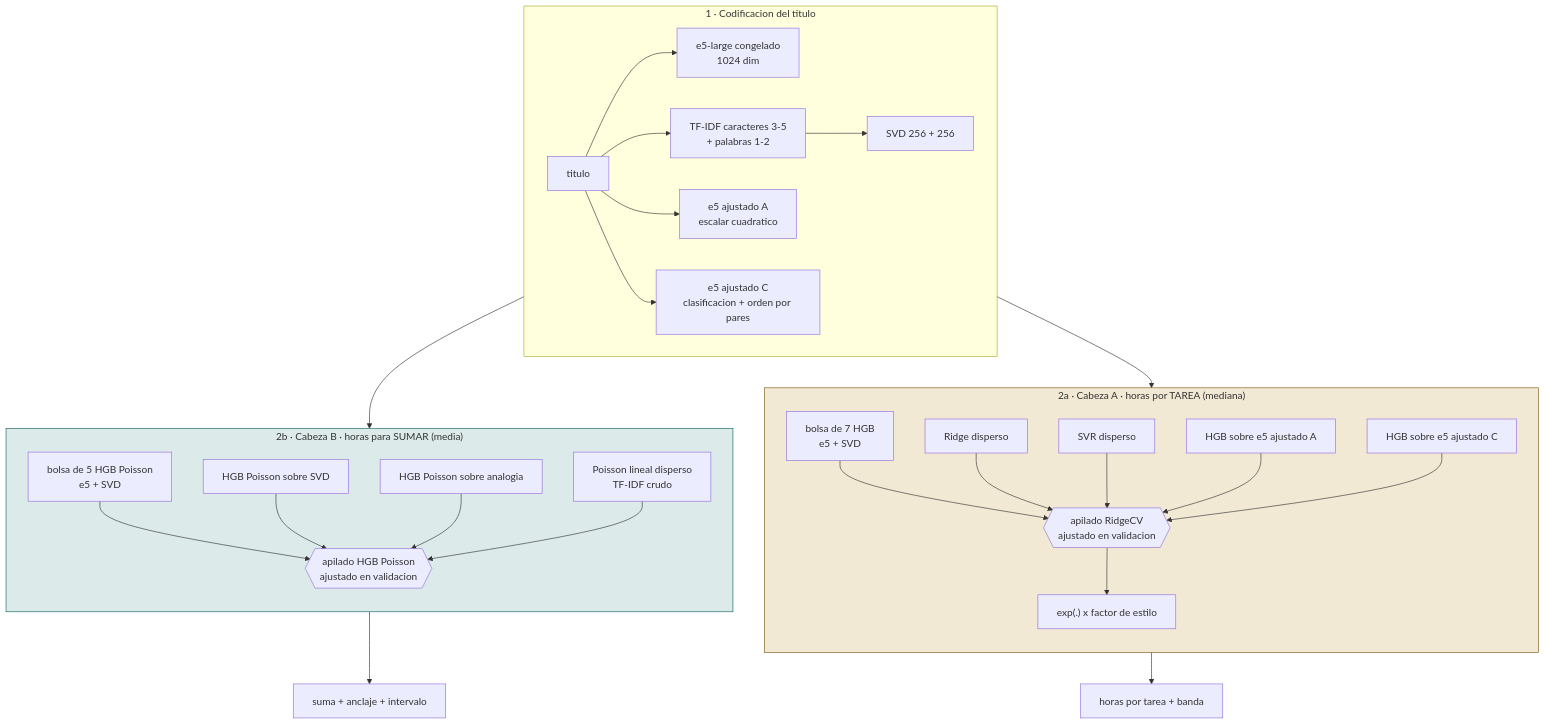
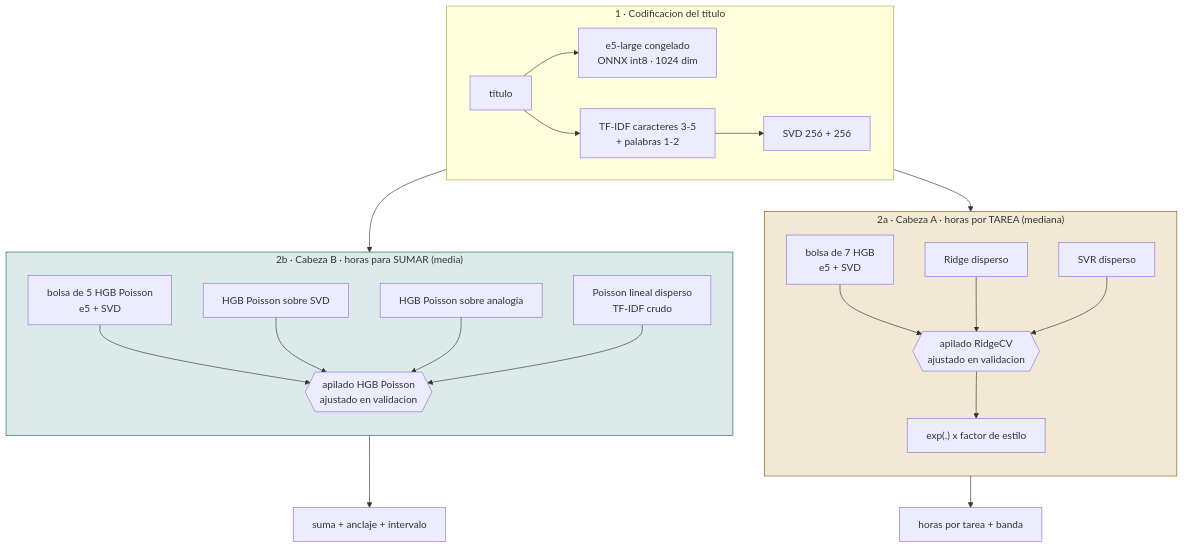
Before and after one commit to DTomasVr/Estimacion-progresiva-backlog: the ninth of 15 diagrams in estimador/DISENO_PIPELINE.md, drawn with Mermaid. The commit also changed other lines of this file and 4 other files, not shown here.

````diff
--- a/estimador/DISENO_PIPELINE.md
+++ b/estimador/DISENO_PIPELINE.md
@@ -825,37 +826,33 @@
 ```mermaid
 flowchart TB
     subgraph COD["1 · Codificacion del titulo"]
         direction LR
-        T["titulo"] --> E5["e5-large congelado<br/>1024 dim"]
+        T["titulo"] --> E5["e5-large congelado<br/>ONNX int8 · 1024 dim"]
         T --> TF["TF-IDF caracteres 3-5<br/>+ palabras 1-2"]
         TF --> SVD["SVD 256 + 256"]
-        T --> AJ["e5 ajustado A<br/>escalar cuadratico"]
-        T --> AC["e5 ajustado C<br/>clasificacion + orden por pares"]
     end
 
     subgraph CA["2a · Cabeza A · horas por TAREA (mediana)"]
         direction TB
         A1["bolsa de 7 HGB<br/>e5 + SVD"] --> AP{{"apilado RidgeCV<br/>ajustado en validacion"}}
         A2["Ridge disperso"] --> AP
         A3["SVR disperso"] --> AP
-        A4["HGB sobre e5 ajustado A"] --> AP
-        A5["HGB sobre e5 ajustado C"] --> AP
         AP --> AX["exp(.) x factor de estilo"]
     end
 
     subgraph CB["2b · Cabeza B · horas para SUMAR (media)"]
         direction TB
         B1["bolsa de 5 HGB Poisson<br/>e5 + SVD"] --> BP{{"apilado HGB Poisson<br/>ajustado en validacion"}}
         B2["HGB Poisson sobre SVD"] --> BP
         B3["HGB Poisson sobre analogia"] --> BP
         B4["Poisson lineal disperso<br/>TF-IDF crudo"] --> BP
     end
 
     COD --> CA
     COD --> CB
     AX --> S1["horas por tarea + banda"]
     BP --> S2["suma + anclaje + intervalo"]
 
     style CA fill:#f2e9d5,stroke:#7d5a17
     style CB fill:#dcebe9,stroke:#12645d
 ```
````
